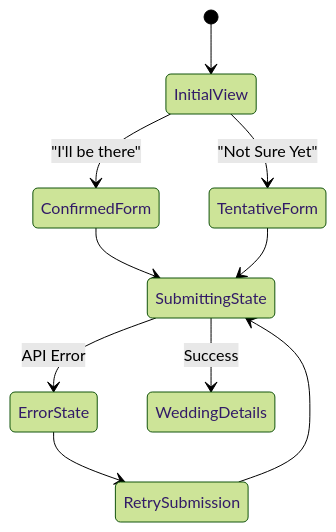
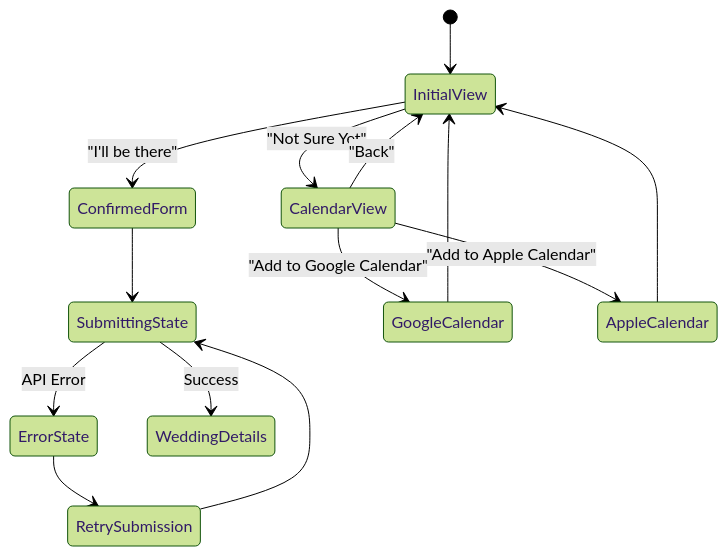
One commit to mangodevio/RSVP changed the second of 4 diagrams in README.md. Above: the diagram before and after it, drawn with Mermaid (forest theme). The commit also changed other lines of this file and 1 other file, not shown here.

````diff
--- a/README.md
+++ b/README.md
@@ -48,12 +51,16 @@
 ```mermaid
 stateDiagram-v2
     [*] --> InitialView
     InitialView --> ConfirmedForm: "I'll be there"
-    InitialView --> TentativeForm: "Not Sure Yet"
+    InitialView --> CalendarView: "Not Sure Yet"
     ConfirmedForm --> SubmittingState
-    TentativeForm --> SubmittingState
+    CalendarView --> GoogleCalendar: "Add to Google Calendar"
+    CalendarView --> AppleCalendar: "Add to Apple Calendar"
+    CalendarView --> InitialView: "Back"
     SubmittingState --> ErrorState: API Error
     SubmittingState --> WeddingDetails: Success
     ErrorState --> RetrySubmission
     RetrySubmission --> SubmittingState
+    GoogleCalendar --> InitialView
+    AppleCalendar --> InitialView
 ```
````
